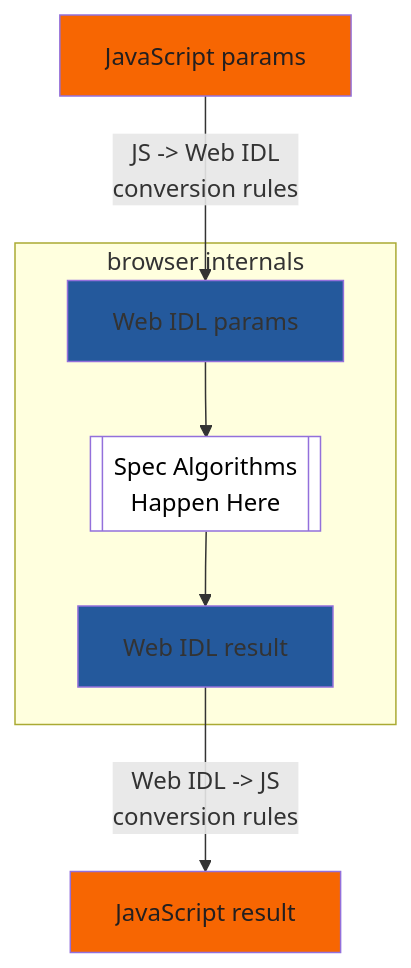
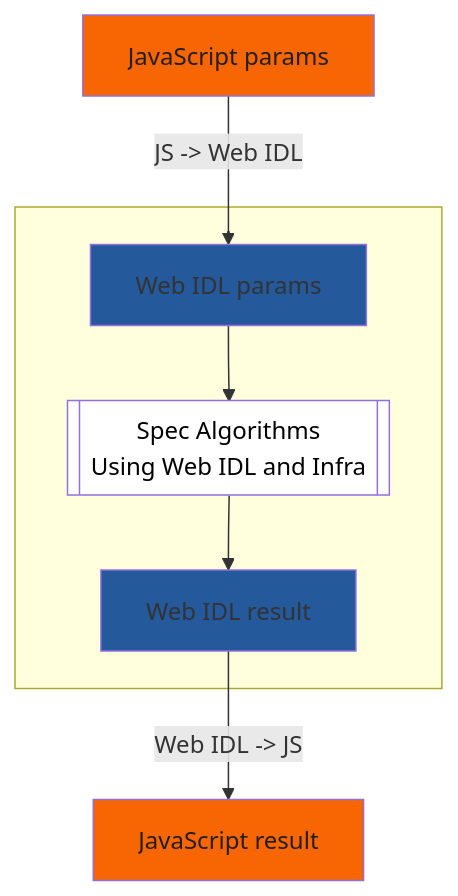
Before and after one commit to dlaliberte/bikeshed-intro: the diagram in index.md, drawn with Mermaid. The commit also changed other lines of this file, not shown here.

Commit message:
Wrap table around diagram.

````diff
--- a/index.md
+++ b/index.md
@@ -153,16 +138,16 @@
 ```mermaid
 graph TD;
-    A[JavaScript params] --> |JS -> Web IDL\nconversion rules| B;
-    subgraph browser internals
+    A[JavaScript params] --> |JS -> Web IDL| B;
+    subgraph .
      B[Web IDL params] --> C;
-      C[[Spec Algorithms\n Happen Here]]-->D;
+      C[[Spec Algorithms\n Using Web IDL and Infra]]-->D;
      end
-     D[Web IDL result] --> |Web IDL -> JS\nconversion rules| E;
+     D[Web IDL result] --> |Web IDL -> JS| E;
     E[JavaScript result];
     classDef JavaScript fill:#F76602,color:#231F20
     class A,E JavaScript
     classDef CppAlgorithms fill:white,color:black
     class C CppAlgorithms
     classDef Cpp fill:#24599C
     class B,D Cpp
 ```
````
